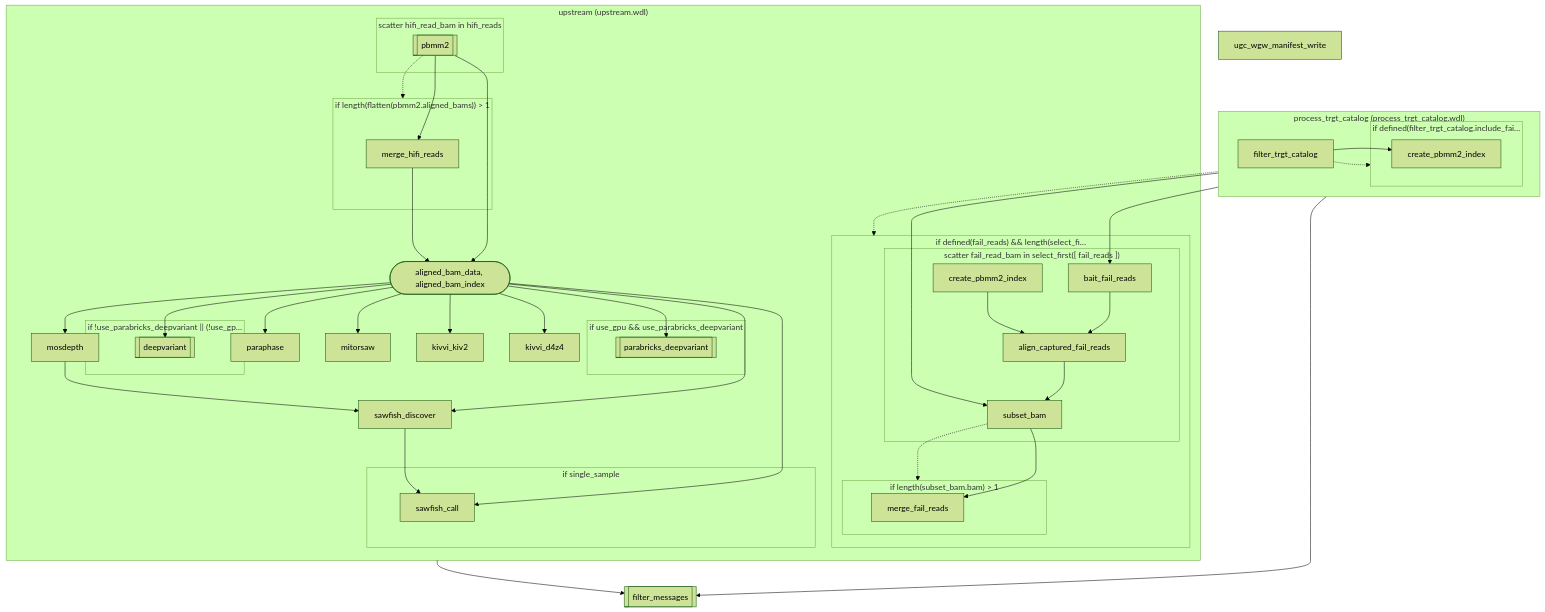
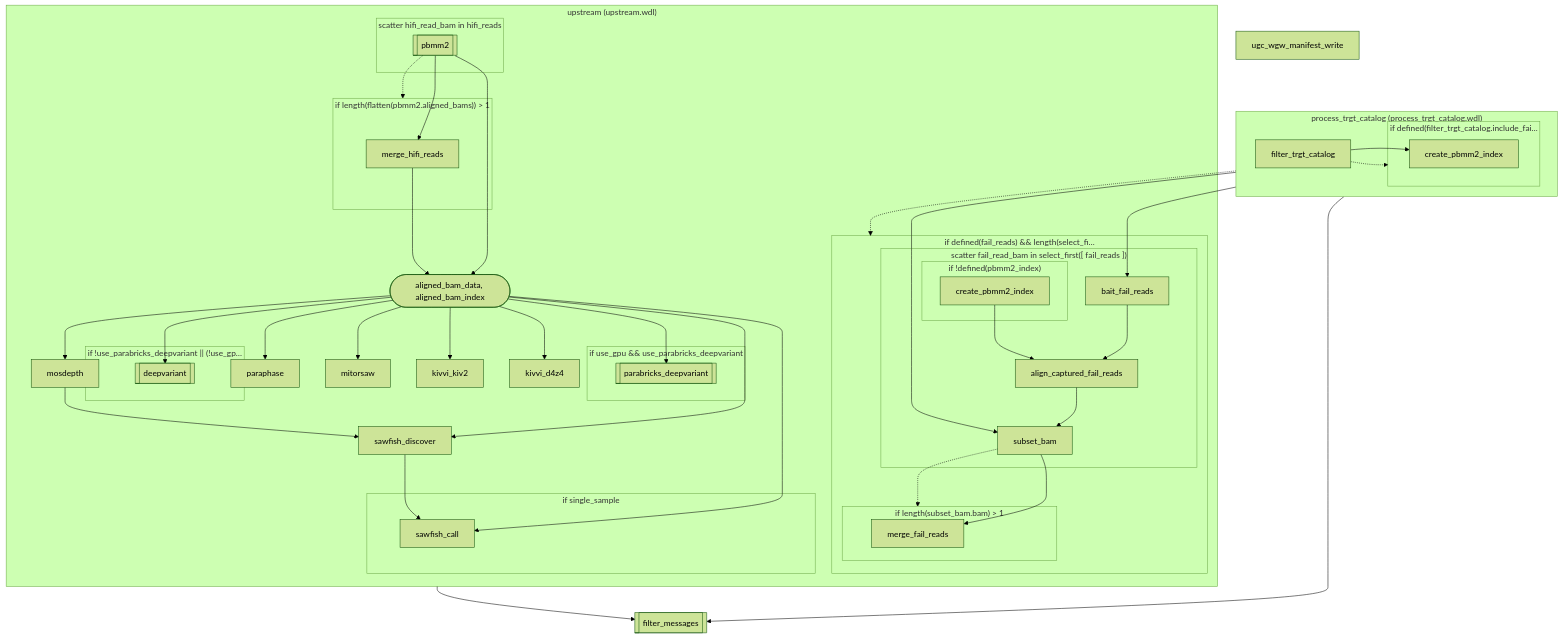
The second of 7 diagrams in docs/guide/workflow-graphs.md (UppsalaGenomeCenter/ugc-wgw), drawn with Mermaid (forest theme) before and after one commit. The commit also changed other lines of this file and 17 other files, not shown here.

````diff
--- a/docs/guide/workflow-graphs.md
+++ b/docs/guide/workflow-graphs.md
@@ -164,73 +166,75 @@
 ```mermaid
 flowchart TD
   subgraph s1["process_trgt_catalog (process_trgt_catalog.wdl)"]
     n1["filter_trgt_catalog"]
     subgraph s2["if defined(filter_trgt_catalog.include_fai…"]
       n2["create_pbmm2_index"]
     end
   end
   subgraph s3["upstream (upstream.wdl)"]
     subgraph s4["scatter hifi_read_bam in hifi_reads"]
       n3[["pbmm2"]]
     end
     subgraph s5["if length(flatten(pbmm2.aligned_bams)) #gt; 1"]
       n4["merge_hifi_reads"]
     end
     n5(["aligned_bam_data, aligned_bam_index"])
     n6["mosdepth"]
     subgraph s6["if use_gpu #38;#38; use_parabricks_deepvariant"]
       n7[["parabricks_deepvariant"]]
     end
     subgraph s7["if !use_parabricks_deepvariant || (!use_gp…"]
       n8[["deepvariant"]]
     end
     n9["sawfish_discover"]
     subgraph s8["if defined(fail_reads) #38;#38; length(select_fi…"]
       subgraph s9["scatter fail_read_bam in select_first([ fail_reads ])"]
         n10["bait_fail_reads"]
-        n11["create_pbmm2_index"]
+        subgraph s10["if !defined(pbmm2_index)"]
+          n11["create_pbmm2_index"]
+        end
         n12["align_captured_fail_reads"]
         n13["subset_bam"]
       end
-      subgraph s10["if length(subset_bam.bam) #gt; 1"]
+      subgraph s11["if length(subset_bam.bam) #gt; 1"]
         n14["merge_fail_reads"]
       end
     end
     n15["paraphase"]
     n16["mitorsaw"]
     n17["kivvi_kiv2"]
     n18["kivvi_d4z4"]
-    subgraph s11["if single_sample"]
+    subgraph s12["if single_sample"]
       n19["sawfish_call"]
     end
   end
   n20[["filter_messages"]]
   n21["ugc_wgw_manifest_write"]
   n1 --> n2
   n1 -.-> s2
   n3 --> n4
   n3 --> n5
   n3 -.-> s5
   n4 --> n5
   n5 --> n6
   n5 --> n7
   n5 --> n8
   n5 --> n9
   n5 --> n15
   n5 --> n16
   n5 --> n17
   n5 --> n18
   n5 --> n19
   n6 --> n9
   n9 --> n19
   n10 --> n12
   n11 --> n12
   n12 --> n13
   n13 --> n14
-  n13 -.-> s10
+  n13 -.-> s11
   s1 --> n10
   s1 --> n13
   s1 --> n20
   s1 -.-> s8
   s3 --> n20
 ```
````
